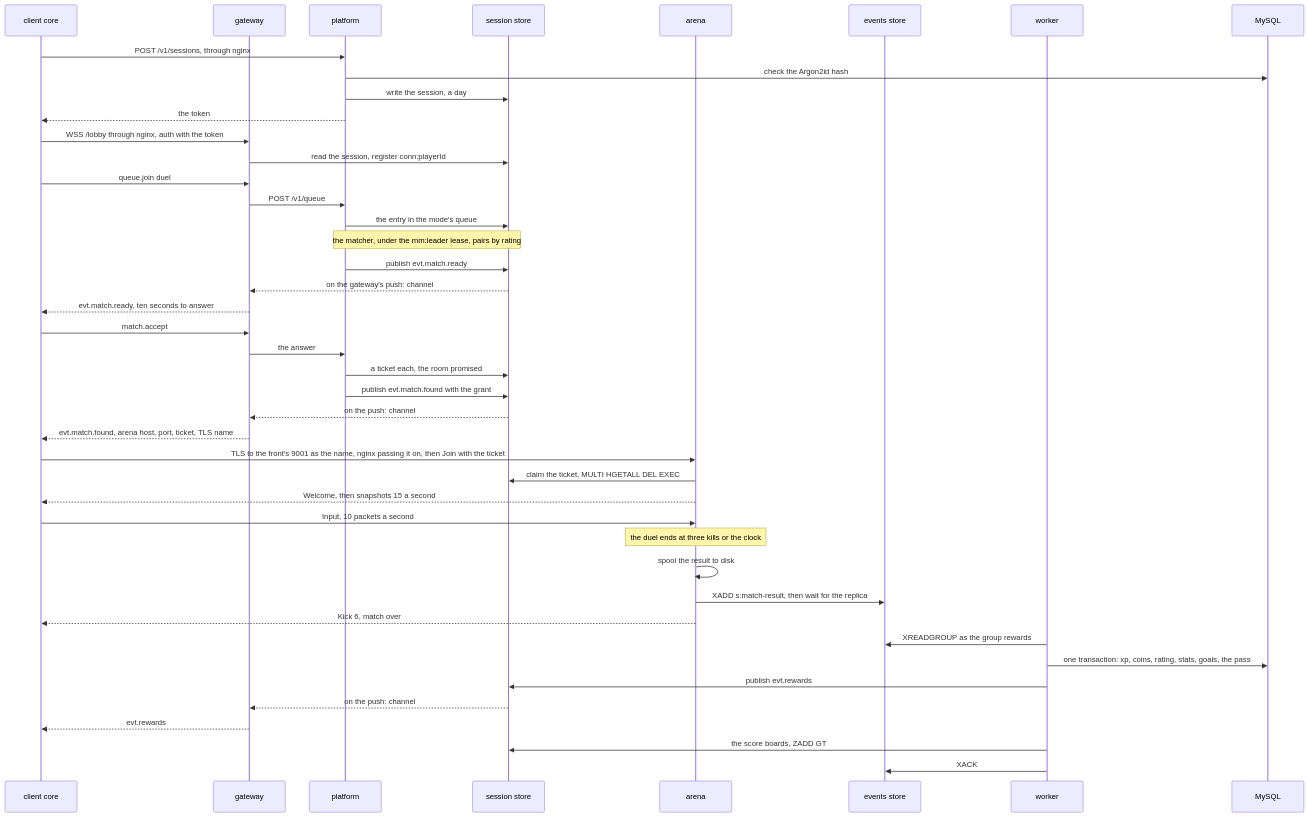
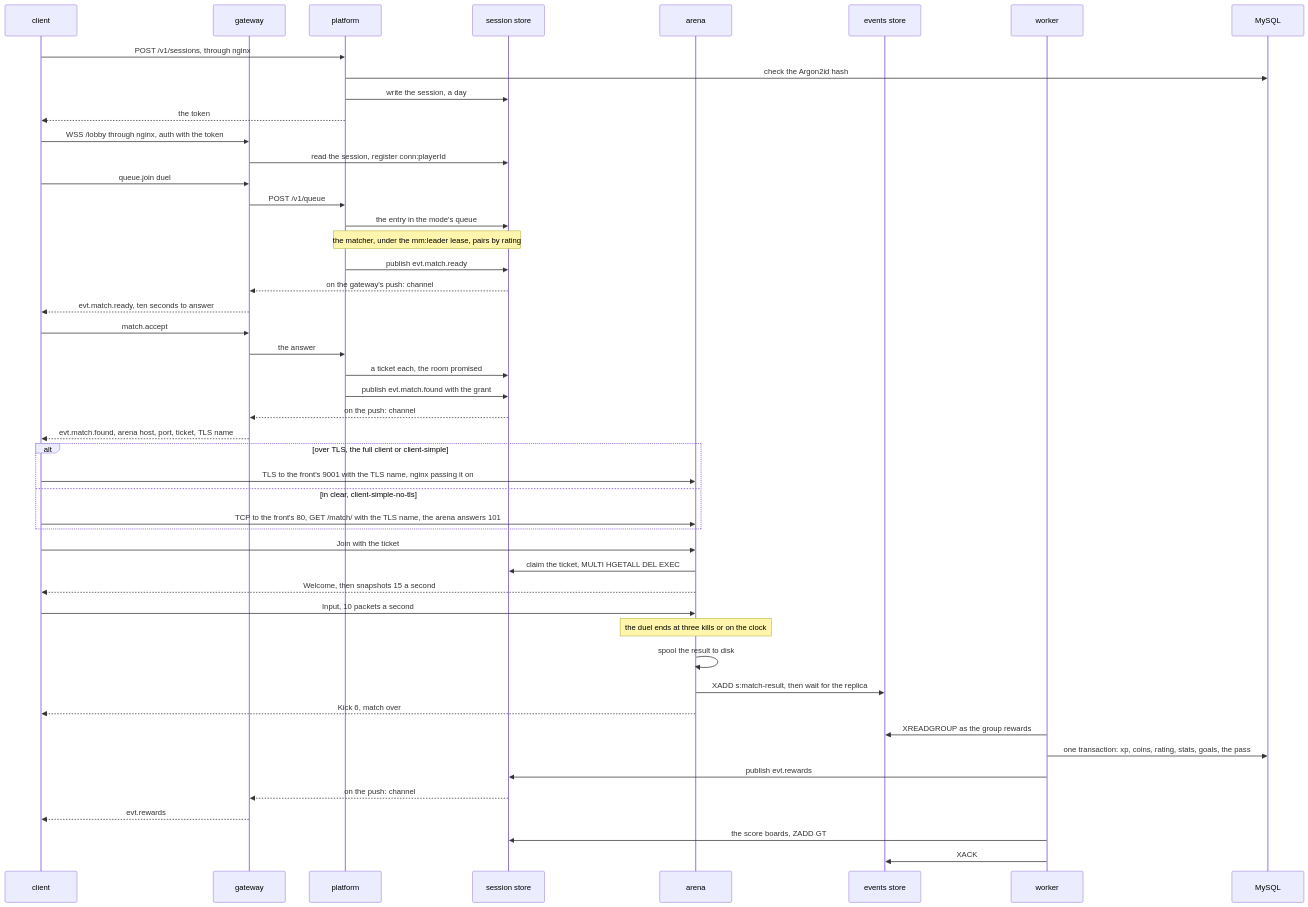
One commit to greensoft-atom/depio-simulation-platform changed the fourth of 6 diagrams in docs/diagrams/01-system.md. Above: the diagram before and after it, drawn with Mermaid. The commit also changed other lines of this file and 121 other files, not shown here.

````diff
--- a/docs/diagrams/01-system.md
+++ b/docs/diagrams/01-system.md
@@ -144,45 +176,50 @@
 ```mermaid
 sequenceDiagram
-    participant P as client core
+    participant P as client
     participant G as gateway
     participant PL as platform
     participant S as session store
     participant A as arena
     participant E as events store
     participant W as worker
     participant M as MySQL
     P->>PL: POST /v1/sessions, through nginx
     PL->>M: check the Argon2id hash
     PL->>S: write the session, a day
     PL-->>P: the token
     P->>G: WSS /lobby through nginx, auth with the token
     G->>S: read the session, register conn:playerId
     P->>G: queue.join duel
     G->>PL: POST /v1/queue
     PL->>S: the entry in the mode's queue
     Note over PL,S: the matcher, under the mm:leader lease, pairs by rating
     PL->>S: publish evt.match.ready
     S-->>G: on the gateway's push: channel
     G-->>P: evt.match.ready, ten seconds to answer
     P->>G: match.accept
     G->>PL: the answer
     PL->>S: a ticket each, the room promised
     PL->>S: publish evt.match.found with the grant
     S-->>G: on the push: channel
     G-->>P: evt.match.found, arena host, port, ticket, TLS name
-    P->>A: TLS to the front's 9001 as the name, nginx passing it on, then Join with the ticket
+    alt over TLS, the full client or client-simple
+        P->>A: TLS to the front's 9001 with the TLS name, nginx passing it on
+    else in clear, client-simple-no-tls
+        P->>A: TCP to the front's 80, GET /match/ with the TLS name, the arena answers 101
+    end
+    P->>A: Join with the ticket
     A->>S: claim the ticket, MULTI HGETALL DEL EXEC
     A-->>P: Welcome, then snapshots 15 a second
     P->>A: Input, 10 packets a second
-    Note over A: the duel ends at three kills or the clock
+    Note over A: the duel ends at three kills or on the clock
     A->>A: spool the result to disk
     A->>E: XADD s:match-result, then wait for the replica
     A-->>P: Kick 6, match over
     W->>E: XREADGROUP as the group rewards
     W->>M: one transaction: xp, coins, rating, stats, goals, the pass
     W->>S: publish evt.rewards
     S-->>G: on the push: channel
     G-->>P: evt.rewards
     W->>S: the score boards, ZADD GT
     W->>E: XACK
 ```
````
